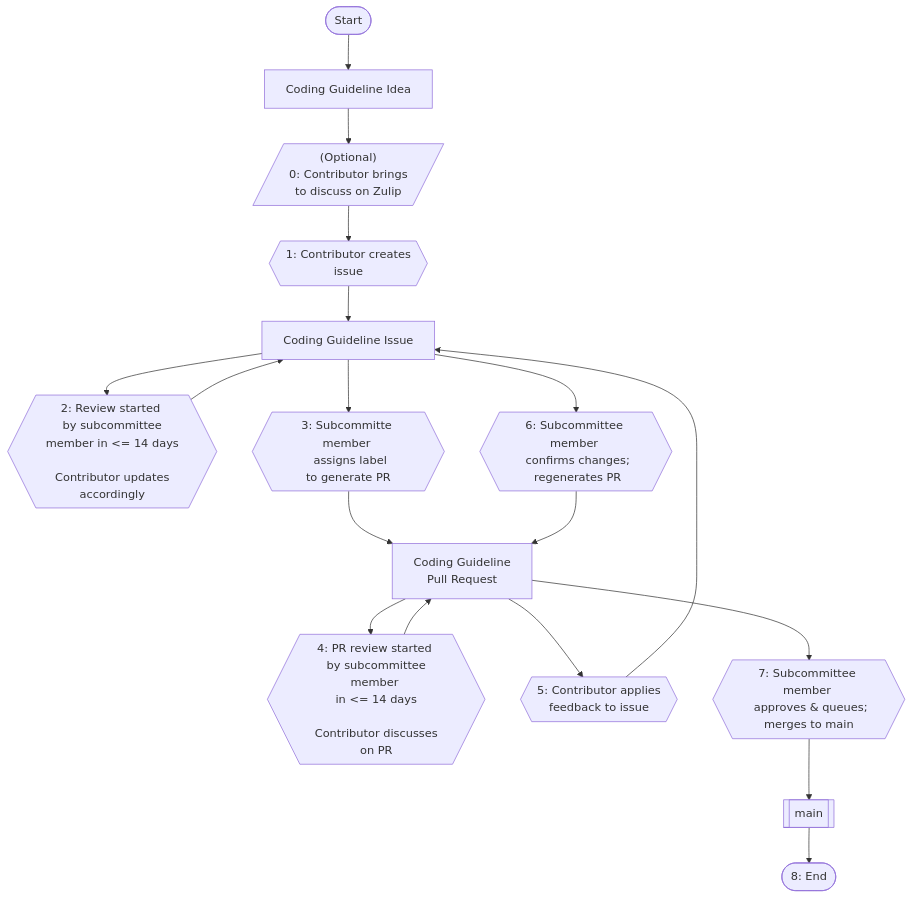
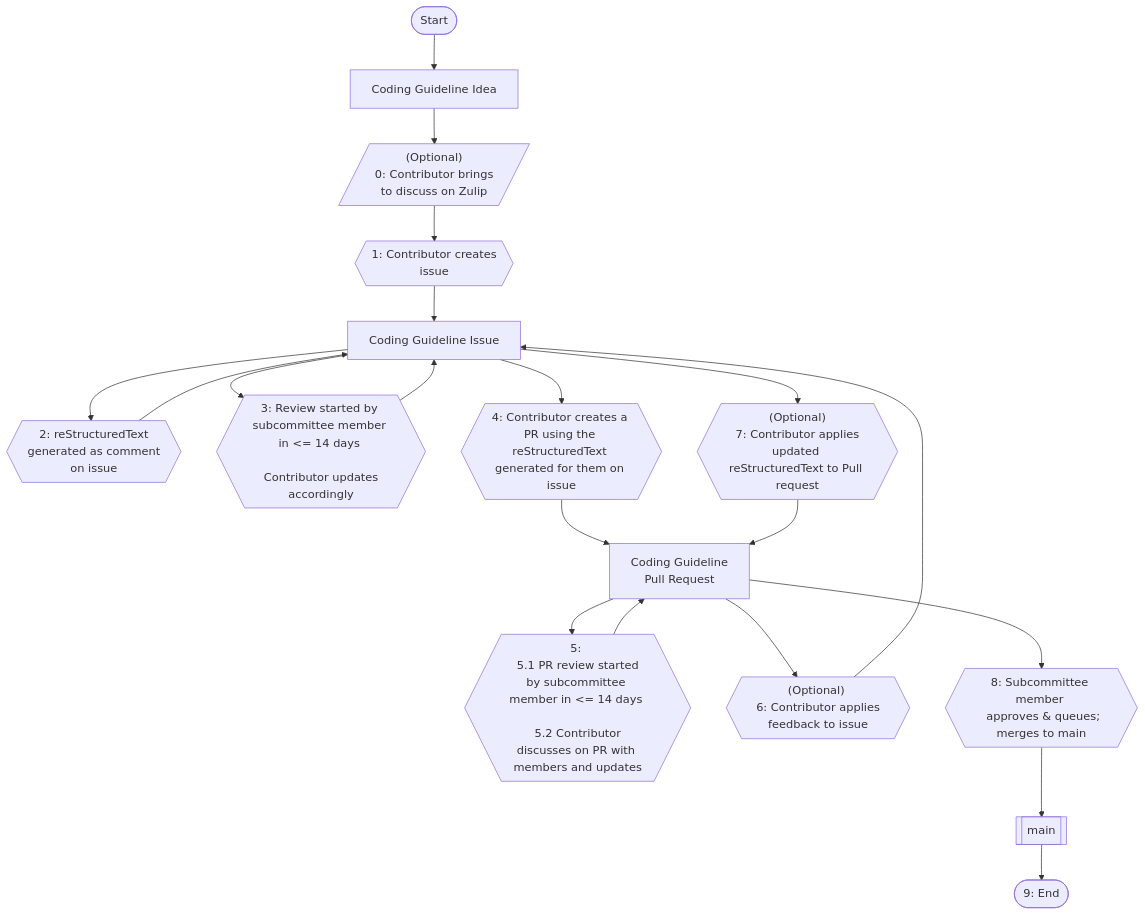
One commit to rustfoundation/safety-critical-rust-coding-guidelines changed the diagram in CONTRIBUTING.md. Above: the diagram before and after it, drawn with Mermaid. The commit also changed other lines of this file, not shown here.

First line of the commit message:
feat: update contribution workflow based on guideline generated as comment (#251)

````diff
--- a/CONTRIBUTING.md
+++ b/CONTRIBUTING.md
@@ -31,21 +34,23 @@
 ```mermaid
 flowchart TD
   Start(["Start"]) --> Idea["Coding Guideline Idea"]
   Idea --> Zulip[/"(Optional)<br>0: Contributor brings <br> to discuss on Zulip"/]
   Zulip --> CreateIssue{{"1: Contributor creates <br> issue"}}
   CreateIssue --> Issue["Coding Guideline Issue"]
 
-  %% short local loops (no long edges)
-  S2{{"2: Review started <br> by subcommittee <br> member in <= 14 days <br><br> Contributor updates accordingly"}} --> Issue
+  S2{{"2: reStructuredText <br> generated as comment <br> on issue"}} --> Issue
   Issue --> S2
 
-  Issue --> S3{{"3: Subcommitte member <br> assigns label<br>to generate PR"}} --> PR["Coding Guideline<br>Pull Request"]
+  S3{{"3: Review started by subcommittee member in <= 14 days <br><br> Contributor updates accordingly"}} --> Issue
+  Issue --> S3
 
-  S4{{"4: PR review started <br> by subcommittee member <br> in <= 14 days <br><br> Contributor discusses on PR"}} --> PR
-  PR --> S4
+  Issue --> S4{{"4: Contributor creates a PR using the reStructuredText generated for them on issue"}} --> PR["Coding Guideline<br>Pull Request"]
 
-  PR --> S5{{"5: Contributor applies <br> feedback to issue"}} --> Issue
-  Issue --> S6{{"6: Subcommittee member <br> confirms changes;<br> regenerates PR"}} --> PR
-  PR --> S7{{"7: Subcommittee member <br> approves & queues;<br>merges to main"}} --> Main[[main]]
-  Main --> End(["8: End"])
+  S5{{"5: <br> 5.1 PR review started by subcommittee member in <= 14 days <br><br> 5.2 Contributor discusses on PR with members and updates"}} --> PR
+  PR --> S5
+
+  PR --> S6{{"(Optional) <br> 6: Contributor applies feedback to issue"}} --> Issue
+  Issue --> S7{{"(Optional)<br> 7: Contributor applies updated reStructuredText to Pull request"}} --> PR
+  PR --> S8{{"8: Subcommittee member <br> approves & queues;<br>merges to main"}} --> Main[[main]]
+  Main --> End(["9: End"])
 ```
````
